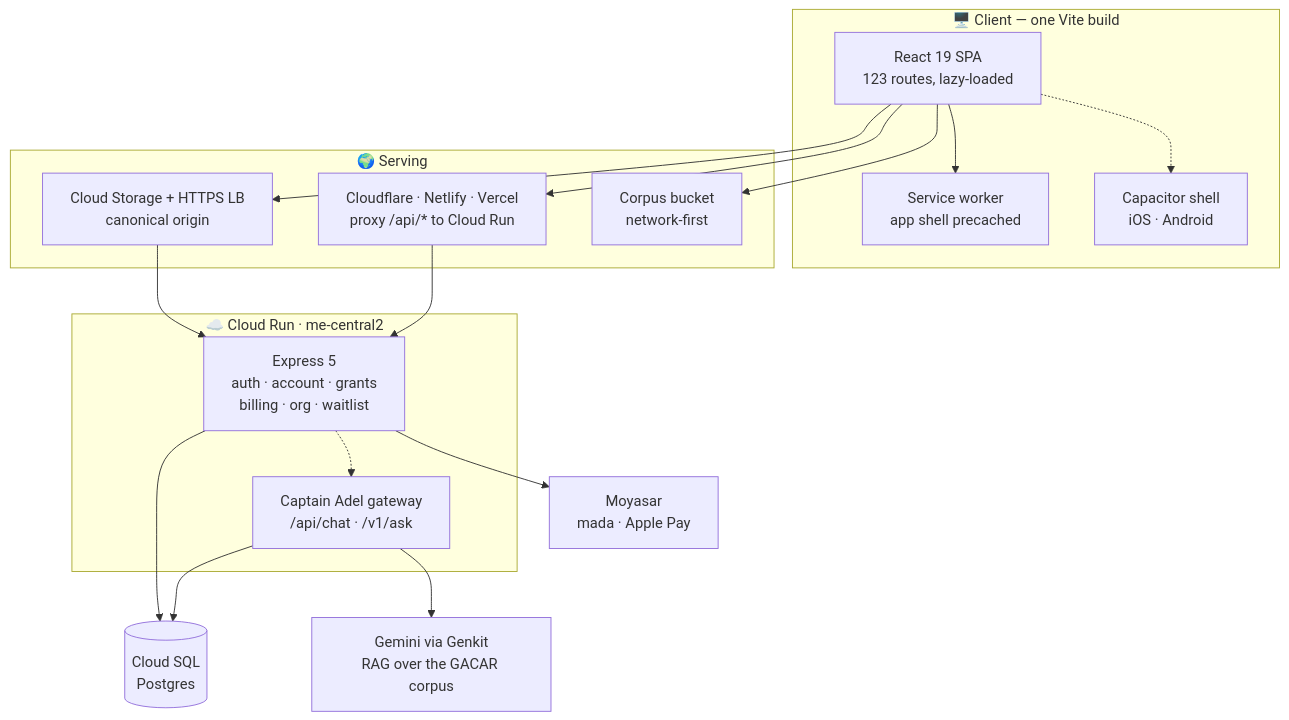
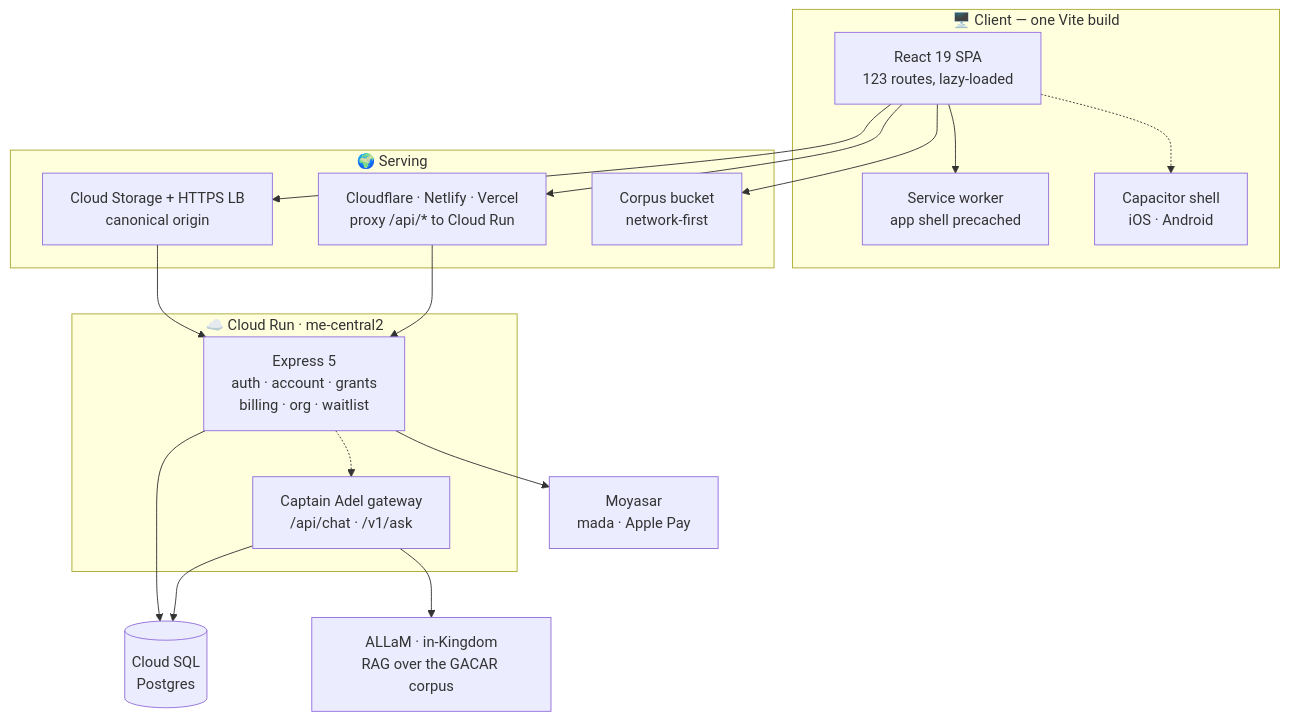
One commit to ay2m/FlyGACA changed the diagram in README.md. Above: the diagram before and after it, drawn with Mermaid. The commit also changed other lines of this file and 18 other files, not shown here.

First line of the commit message:
Replace Gemini with ALLaM on in-Kingdom inference

````diff
--- a/README.md
+++ b/README.md
@@ -91,36 +91,36 @@
 ```mermaid
 flowchart TB
     subgraph client["🖥️ Client — one Vite build"]
         SPA["React 19 SPA<br/>123 routes, lazy-loaded"]
         PWA["Service worker<br/>app shell precached"]
         CAP["Capacitor shell<br/>iOS · Android"]
     end
 
     subgraph edge["🌍 Serving"]
         GCS["Cloud Storage + HTTPS LB<br/>canonical origin"]
         MIRROR["Cloudflare · Netlify · Vercel<br/>proxy /api/* to Cloud Run"]
         DATA["Corpus bucket<br/>network-first"]
     end
 
     subgraph api["☁️ Cloud Run · me-central2"]
         EXP["Express 5<br/>auth · account · grants<br/>billing · org · waitlist"]
         ADEL["Captain Adel gateway<br/>/api/chat · /v1/ask"]
     end
 
     SQL[("Cloud SQL<br/>Postgres")]
-    GEM["Gemini via Genkit<br/>RAG over the GACAR corpus"]
+    GEM["ALLaM · in-Kingdom<br/>RAG over the GACAR corpus"]
     PAY["Moyasar<br/>mada · Apple Pay"]
 
     SPA --> PWA
     SPA -.-> CAP
     SPA --> GCS
     SPA --> MIRROR
     SPA --> DATA
     GCS --> EXP
     MIRROR --> EXP
     EXP --> SQL
     EXP --> PAY
     ADEL --> SQL
     ADEL --> GEM
     EXP -.-> ADEL
 ```
````
